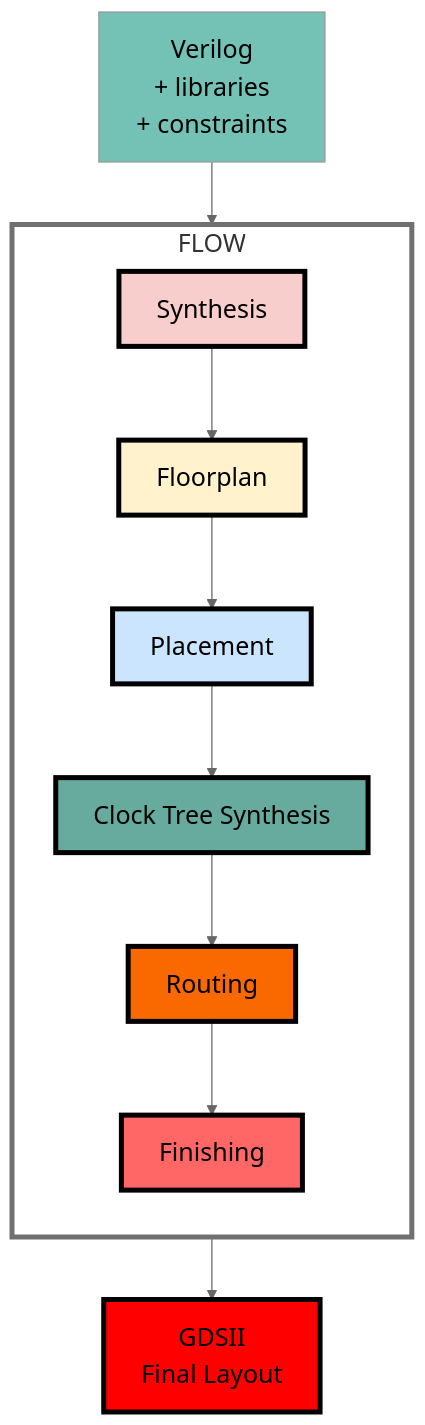
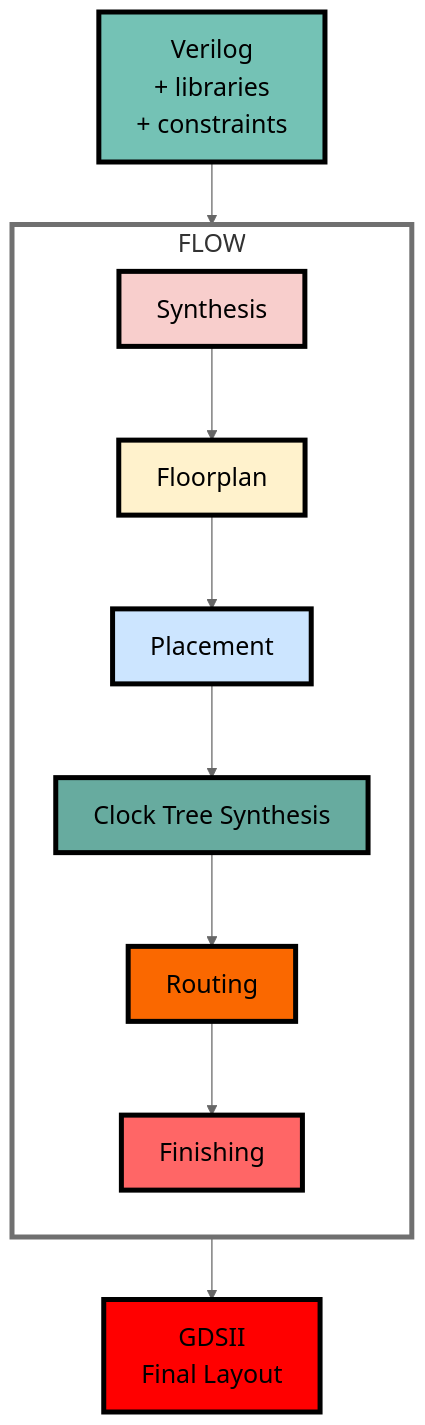
One commit to cunqinglan/OpenROAD_LRF changed the first of 2 diagrams in README.md. Above: the diagram before and after it, drawn with Mermaid. The commit also changed other lines of this file, not shown here.

````diff
--- a/README.md
+++ b/README.md
@@ -15,36 +15,36 @@
 ```mermaid
 %%{
   init: {
     'theme': 'neutral',
     'themeVariables': {
       'textColor': '#000000',
       'noteTextColor' : '#000000',
       'fontSize': '20px'
     }
   }
 }%%
 
 flowchart TB
     A[Verilog\n+ libraries\n + constraints] --> FLOW
-    style A fill:#74c2b5
+    style A fill:#74c2b5,stroke:#000000,stroke-width:4px
     subgraph FLOW
     style FLOW fill:#FFFFFF00,stroke-width:4px
 
     direction TB
         B[Synthesis]
         B --> C[Floorplan] 
         C --> D[Placement]
         D --> E[Clock Tree Synthesis]
         E --> F[Routing]
         F --> G[Finishing]
         style B fill:#f8cecc,stroke:#000000,stroke-width:4px
         style C fill:#fff2cc,stroke:#000000,stroke-width:4px
         style D fill:#cce5ff,stroke:#000000,stroke-width:4px
         style E fill:#67ab9f,stroke:#000000,stroke-width:4px
         style F fill:#fa6800,stroke:#000000,stroke-width:4px
         style G fill:#ff6666,stroke:#000000,stroke-width:4px
     end
 
     FLOW --> H[GDSII\n Final Layout]
     style H fill:#ff0000,stroke:#000000,stroke-width:4px
 ```
````
